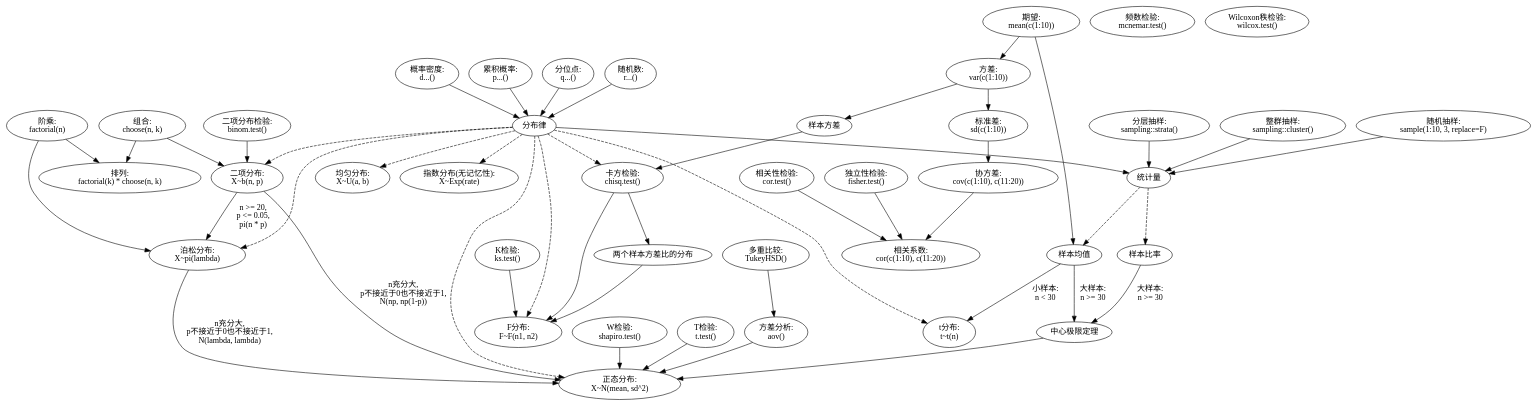
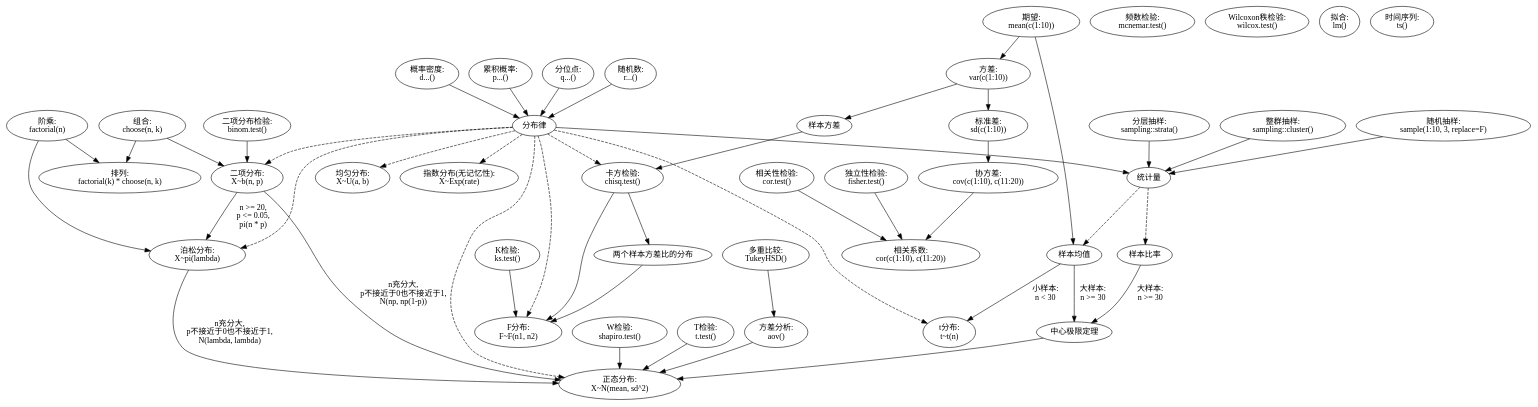
Before and after one commit to AdonRain/pracR: the diagram in map.dot, drawn with Graphviz.

```diff
--- a/map.dot
+++ b/map.dot
@@ -1,116 +1,119 @@
 digraph pracR{
   /*plotmath*/
 
   factorial[label="阶乘:\n factorial(n)"];
   choose[label="组合:\n choose(n, k)"];
   array[label="排列:\n factorial(k) * choose(n, k)"]
 
   factorial -> array;
   choose -> array;
 
   distribution[label="分布律"];
 
   d[label="概率密度:\n d...()"];
   p[label="累积概率:\n p...()"];
   q[label="分位点:\n q...()"];
   r[label="随机数:\n r...()"];
 
   d -> distribution;
   p -> distribution;
   q -> distribution;
   r -> distribution;
 
   binom[label="二项分布:\n X~b(n, p)"];
   pois[label="泊松分布:\n X~pi(lambda)"];
   norm[label="正态分布:\n X~N(mean, sd^2)"];
   unif[label="均匀分布:\n X~U(a, b)"];
   exp[label="指数分布(无记忆性):\n X~Exp(rate)"];
   t[label="t分布:\n t~t(n)"];
   chisq[label="卡方分布:\n chisq^2~hisq^2(n)"];
   F[label="F分布:\n F~F(n1, n2)"];
 
   distribution -> binom[style="dashed"];
   distribution -> pois[style="dashed"];
   distribution -> norm[style="dashed"];
   distribution -> unif[style="dashed"];
   distribution -> exp[style="dashed"];
   distribution -> t[style="dashed"];
   distribution -> chisq[style="dashed"];
   distribution -> F[style="dashed"];
 
   choose -> binom;
   factorial -> pois;
 
   binom -> pois[label="n >= 20,\n p <= 0.05,\n pi(n * p)"];
   binom -> norm[label="n充分大,\n p不接近于0也不接近于1,\n N(np, np(1-p))"];
   pois -> norm[label="n充分大,\n p不接近于0也不接近于1,\n N(lambda, lambda)"];
 
   mean[label="期望:\n mean(c(1:10))"];
   var[label="方差:\n var(c(1:10))"];
   sd[label="标准差:\n sd(c(1:10))"];
   cov[label="协方差:\n cov(c(1:10), c(11:20))"];
   cor[label="相关系数:\n cor(c(1:10), c(11:20))"];
 
   mean -> var -> sd -> cov -> cor;
 
   sample[label="随机抽样:\n sample(1:10, 3, replace=F)"];
   strata[label="分层抽样:\n sampling::strata()"];
   cluster[label="整群抽样:\n sampling::cluster()"];
 
   statistic[label="统计量"];
 
   smean[label="样本均值"];
   srate[label="样本比率"];
   svar[label="样本方差"];
 
   sample -> statistic;
   strata -> statistic;
   cluster -> statistic;
 
   mean -> smean;
   var -> svar;
 
   statistic -> smean[style="dashed"];
   statistic -> srate[style="dashed"];
 
   distribution -> statistic;
 
   clt[label="中心极限定理"]
 
   smean -> clt[label="大样本:\n n >= 30"];
   srate -> clt[label="大样本:\n n >= 30"];
 
   clt -> norm;
 
   smean -> t[label="小样本:\n n < 30"];
   svar -> chisq;
 
   svarate[label="两个样本方差比的分布"];
   chisq -> svarate -> F;
 
   shapiro[label="W检验:\n shapiro.test()"];
   ks[label="K检验:\n ks.test()"];
   tt[label="T检验:\n t.test()"];
   bt[label="二项分布检验:\n binom.test()"];
   chisq[label="卡方检验:\n chisq.test()"];
 
   shapiro -> norm;
   tt -> norm;
   ks -> F;
   bt -> binom;
   chisq -> F;
 
   cort[label="相关性检验:\n cor.test()"];
   fisher[label="独立性检验:\n fisher.test()"];
   mcnemar[label="频数检验:\n mcnemar.test()"];
   wilcox[label="Wilcoxon秩检验:\n wilcox.test()"];
 
   cort -> cor;
   fisher -> cor;
 
   aov[label="方差分析:\n aov()"];
   TukeyHSD[label="多重比较:\n TukeyHSD()"];
 
   aov -> norm;
   TukeyHSD -> aov;
+
+  lm[label="拟合:\n lm()"];
+  ts[label="时间序列:\n ts()"]
 }
```
